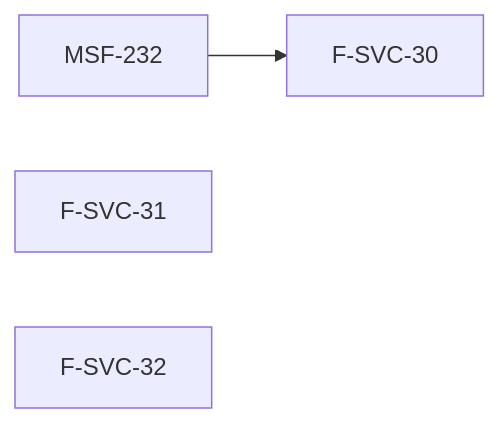
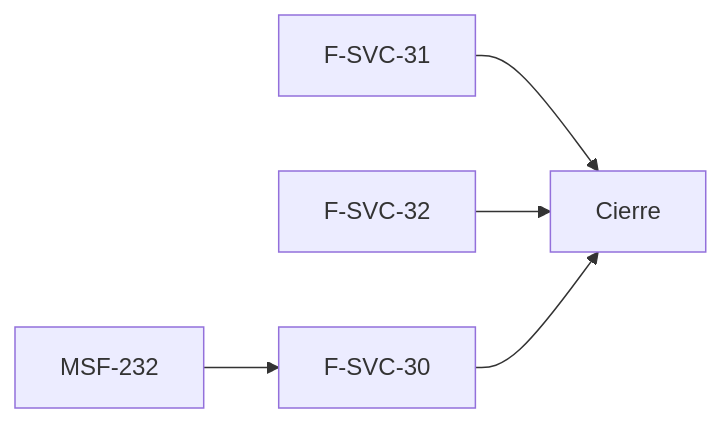
Before and after one commit to nicolasjones/multistorefront-meli: the diagram in specs/20261104-100000-service-ideas-futuras/tasks.md, drawn with Mermaid. The commit also changed other lines of this file, not shown here.

Commit message:
Spec MSF-118: agrega historia de cierre al plan de ejecución

````diff
--- a/specs/20261104-100000-service-ideas-futuras/tasks.md
+++ b/specs/20261104-100000-service-ideas-futuras/tasks.md
@@ -27,6 +31,7 @@
 ```mermaid
 flowchart LR
     MSF-232 --> F-SVC-30
-    F-SVC-31
-    F-SVC-32
+    F-SVC-31 --> Cierre
+    F-SVC-32 --> Cierre
+    F-SVC-30 --> Cierre
 ```
````
